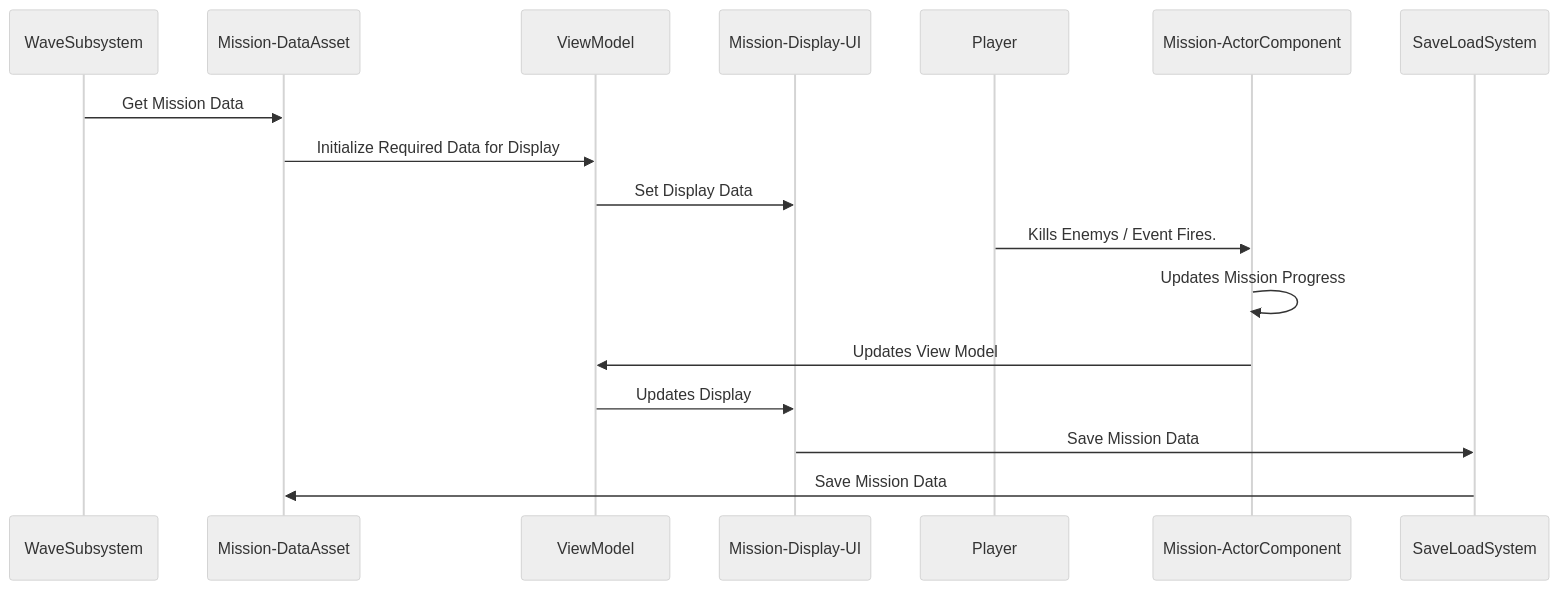
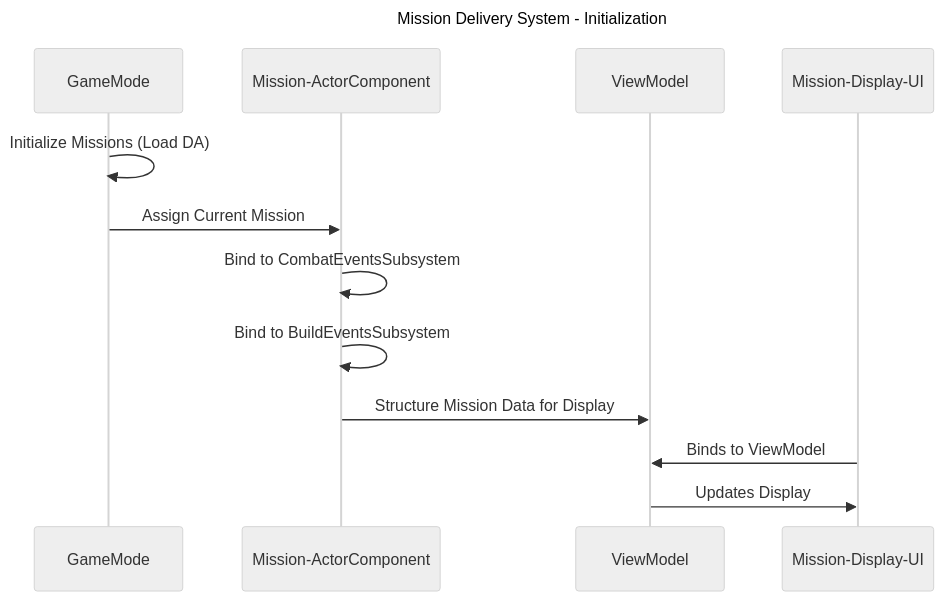
Before and after one commit to unrealrobin/timbermvp: the second of 3 diagrams in Docs/MissionDeliverySystem.md, drawn with Mermaid (neutral theme). The commit also changed other lines of this file and 33 other files, not shown here.

Commit message:
DR-55 Created Base Data Assets for Missions and Linked the Mission Actor Component to the Event Subsystem. Actor Component is prepared to handle Event Payloads to Update Mission Statuses.

````diff
--- a/Docs/MissionDeliverySystem.md
+++ b/Docs/MissionDeliverySystem.md
@@ -9,24 +15,19 @@
 ```mermaid
-
+---
+title: Mission Delivery System - Initialization
+---
 sequenceDiagram
-    participant WaveSubsystem
-    participant Mission-DataAsset
+    participant GameMode
+    participant Mission-ActorComponent
     participant ViewModel
     participant Mission-Display-UI
-    participant Player
-    participant Mission-ActorComponent
-    participant SaveLoadSystem
     
-    WaveSubsystem->>Mission-DataAsset: Get Mission Data
-    Mission-DataAsset->>ViewModel: Initialize Required Data for Display
-    ViewModel->>Mission-Display-UI: Set Display Data
-    
-    Player->>Mission-ActorComponent: Kills Enemys / Event Fires.
-    Mission-ActorComponent->>Mission-ActorComponent: Updates Mission Progress
-    Mission-ActorComponent->>ViewModel: Updates View Model
+    GameMode->>GameMode: Initialize Missions (Load DA)
+    GameMode->>Mission-ActorComponent: Assign Current Mission
+    Mission-ActorComponent->>Mission-ActorComponent: Bind to CombatEventsSubsystem
+    Mission-ActorComponent->>Mission-ActorComponent: Bind to BuildEventsSubsystem
+    Mission-ActorComponent->>ViewModel: Structure Mission Data for Display
+    Mission-Display-UI->>ViewModel: Binds to ViewModel
     ViewModel->>Mission-Display-UI: Updates Display
-    Mission-Display-UI->>SaveLoadSystem: Save Mission Data
-    SaveLoadSystem->>Mission-DataAsset: Save Mission Data
-    
 
 ```
````
